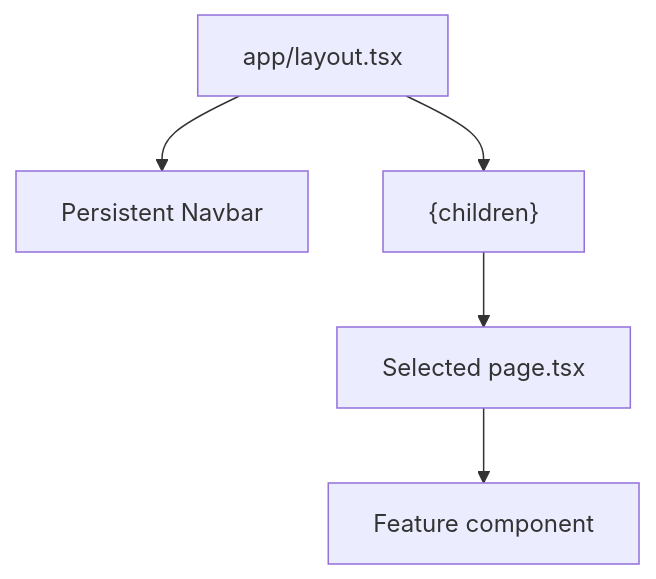
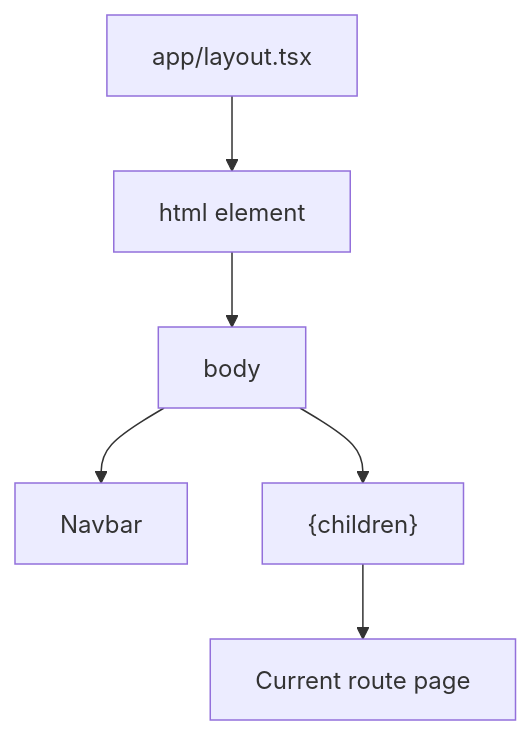
Before and after one commit to bucketb0t/Earth_In_Sound: the second of 12 diagrams in PROJECT_LEARNING_FLOW.md, drawn with Mermaid. The commit also changed other lines of this file, not shown here.

````diff
--- a/PROJECT_LEARNING_FLOW.md
+++ b/PROJECT_LEARNING_FLOW.md
@@ -63,7 +85,8 @@
 ```mermaid
 flowchart TD
-  Layout["app/layout.tsx"] --> Navbar["Persistent Navbar"]
-  Layout --> Children["{children}"]
-  Children --> RoutePage["Selected page.tsx"]
-  RoutePage --> FeatureComponent["Feature component"]
+  Layout["app/layout.tsx"] --> Html["html element"]
+  Html --> Body["body"]
+  Body --> Navbar["Navbar"]
+  Body --> Children["{children}"]
+  Children --> ActiveRoute["Current route page"]
 ```
````
